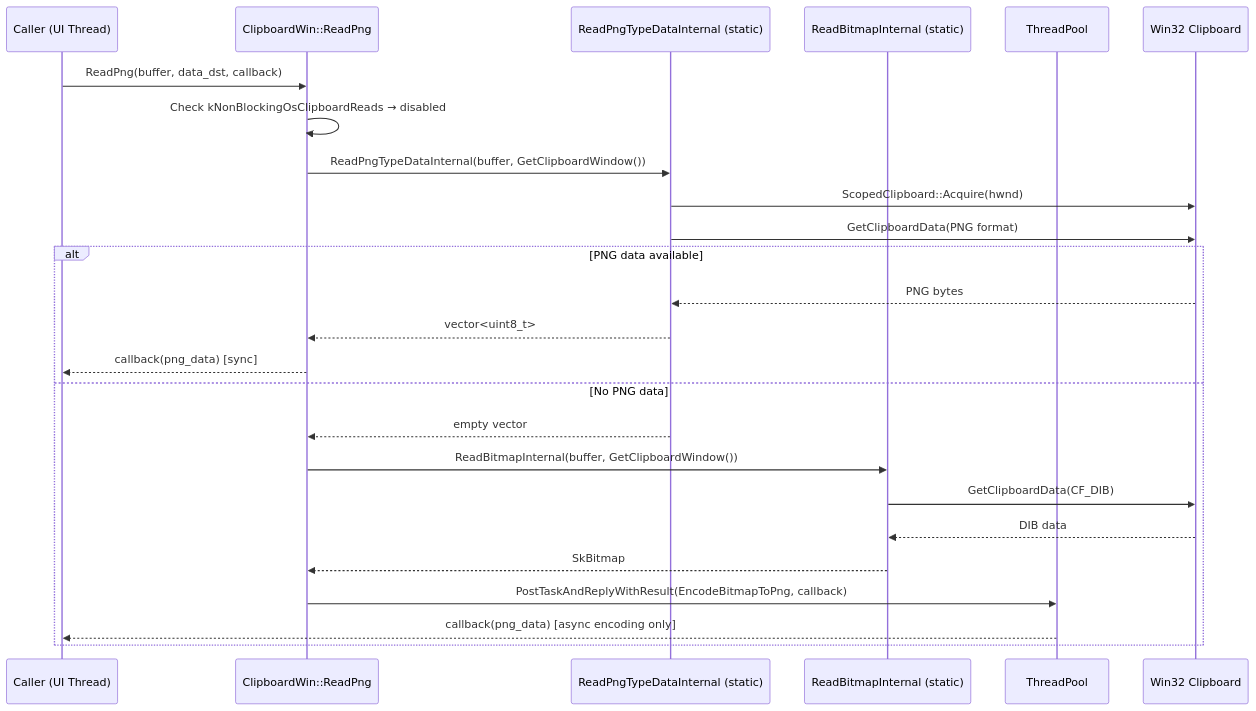
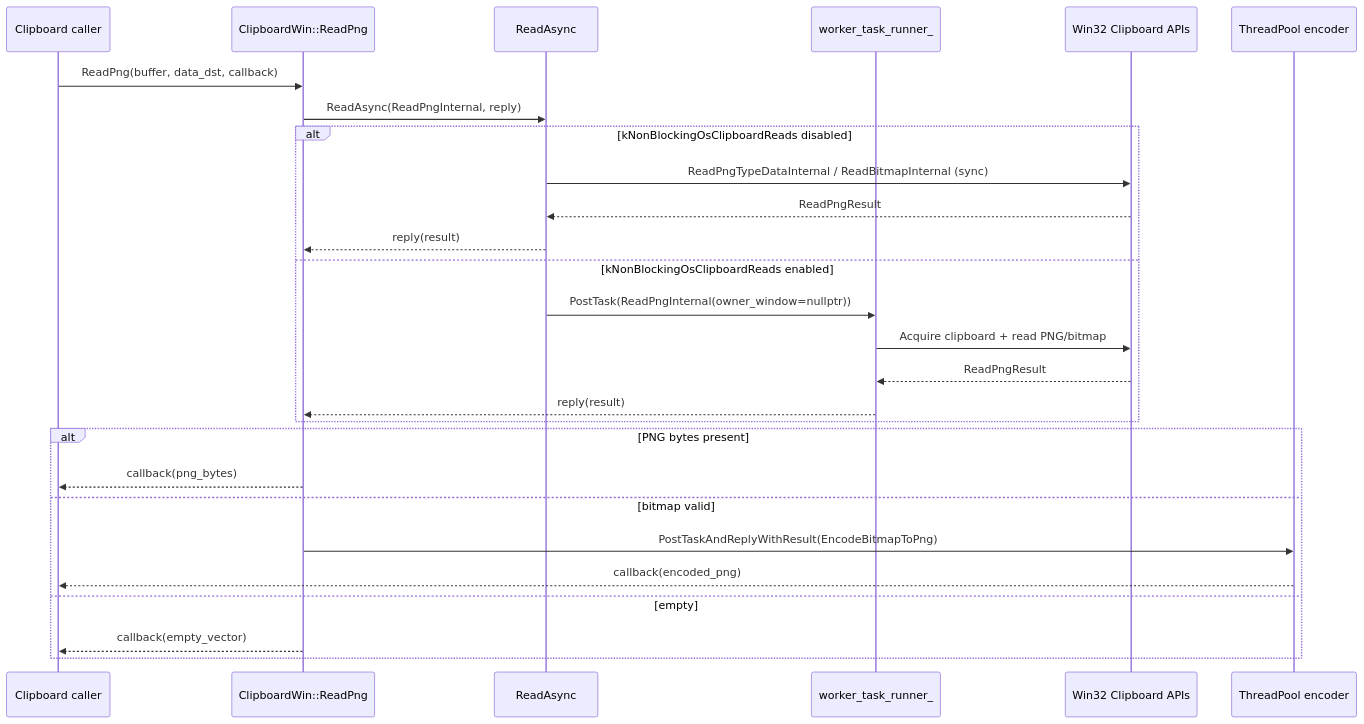
Before and after one commit to roraja/cr-llm-docs: the sixth of 6 diagrams in fixes/cl-7578053-20260220/hld.md, drawn with Mermaid. The commit also changed other lines of this file, not shown here.

````diff
--- a/fixes/cl-7578053-20260220/hld.md
+++ b/fixes/cl-7578053-20260220/hld.md
@@ -130,28 +493,30 @@
 ```mermaid
 sequenceDiagram
-    participant Caller as Caller (UI Thread)
+    participant Caller as Clipboard caller
     participant CW as ClipboardWin::ReadPng
-    participant RPDI as ReadPngTypeDataInternal (static)
-    participant RBI as ReadBitmapInternal (static)
-    participant TP as ThreadPool
-    participant OS as Win32 Clipboard
+    participant RA as ReadAsync
+    participant Worker as worker_task_runner_
+    participant Win32 as Win32 Clipboard APIs
+    participant TP as ThreadPool encoder
 
     Caller->>CW: ReadPng(buffer, data_dst, callback)
-    CW->>CW: Check kNonBlockingOsClipboardReads → disabled
-    CW->>RPDI: ReadPngTypeDataInternal(buffer, GetClipboardWindow())
-    RPDI->>OS: ScopedClipboard::Acquire(hwnd)
-    RPDI->>OS: GetClipboardData(PNG format)
-    alt PNG data available
-        OS-->>RPDI: PNG bytes
-        RPDI-->>CW: vector<uint8_t>
-        CW-->>Caller: callback(png_data) [sync]
-    else No PNG data
-        RPDI-->>CW: empty vector
-        CW->>RBI: ReadBitmapInternal(buffer, GetClipboardWindow())
-        RBI->>OS: GetClipboardData(CF_DIB)
-        OS-->>RBI: DIB data
-        RBI-->>CW: SkBitmap
-        CW->>TP: PostTaskAndReplyWithResult(EncodeBitmapToPng, callback)
-        TP-->>Caller: callback(png_data) [async encoding only]
+    CW->>RA: ReadAsync(ReadPngInternal, reply)
+    alt kNonBlockingOsClipboardReads disabled
+        RA->>Win32: ReadPngTypeDataInternal / ReadBitmapInternal (sync)
+        Win32-->>RA: ReadPngResult
+        RA-->>CW: reply(result)
+    else kNonBlockingOsClipboardReads enabled
+        RA->>Worker: PostTask(ReadPngInternal(owner_window=nullptr))
+        Worker->>Win32: Acquire clipboard + read PNG/bitmap
+        Win32-->>Worker: ReadPngResult
+        Worker-->>CW: reply(result)
+    end
+    alt PNG bytes present
+        CW-->>Caller: callback(png_bytes)
+    else bitmap valid
+        CW->>TP: PostTaskAndReplyWithResult(EncodeBitmapToPng)
+        TP-->>Caller: callback(encoded_png)
+    else empty
+        CW-->>Caller: callback(empty_vector)
     end
 ```
````
